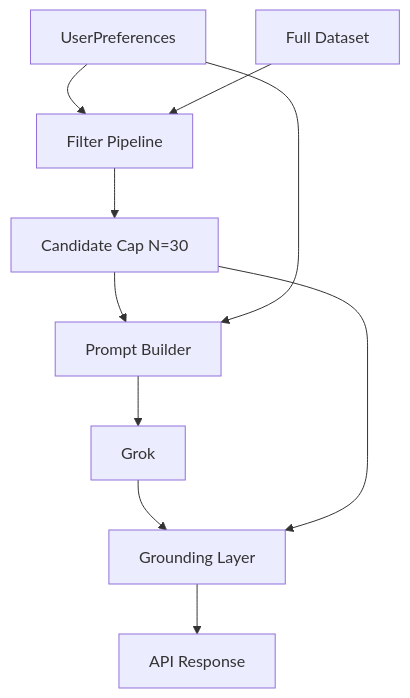
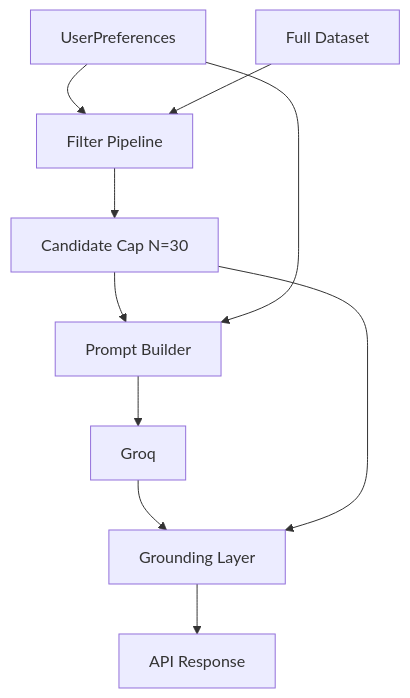
One commit to ShashankDvd1/AI-Powered-Restaurant-Recommendation-System changed the sixth of 8 diagrams in docs/Architecture.md. Above: the diagram before and after it, drawn with Mermaid. The commit also changed other lines of this file and 32 other files, not shown here.

````diff
--- a/docs/Architecture.md
+++ b/docs/Architecture.md
@@ -351,21 +357,21 @@
 ```mermaid
 flowchart TD
     P[UserPreferences]
     DF[Full Dataset]
     F[Filter Pipeline]
     C[Candidate Cap N=30]
     PB[Prompt Builder]
-    GK[Grok]
+    GK[Groq]
     GR[Grounding Layer]
     OUT[API Response]
 
     P --> F
     DF --> F
     F --> C
     C --> PB
     P --> PB
     PB --> GK
     GK --> GR
     C --> GR
     GR --> OUT
 ```
````
